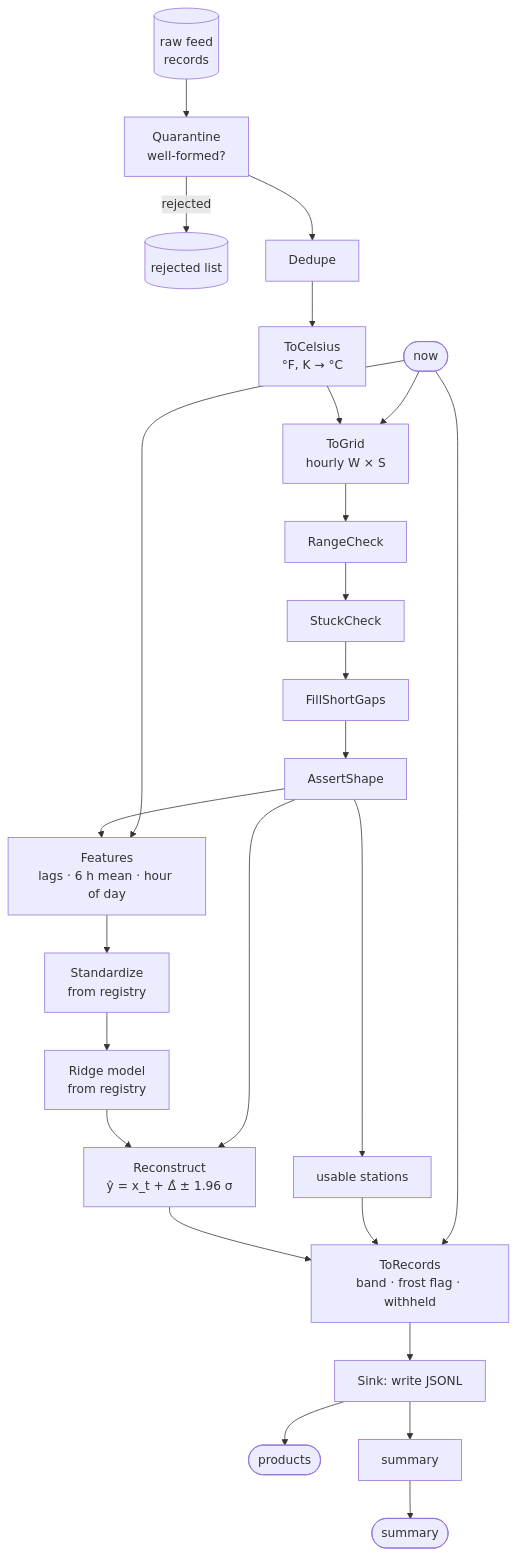
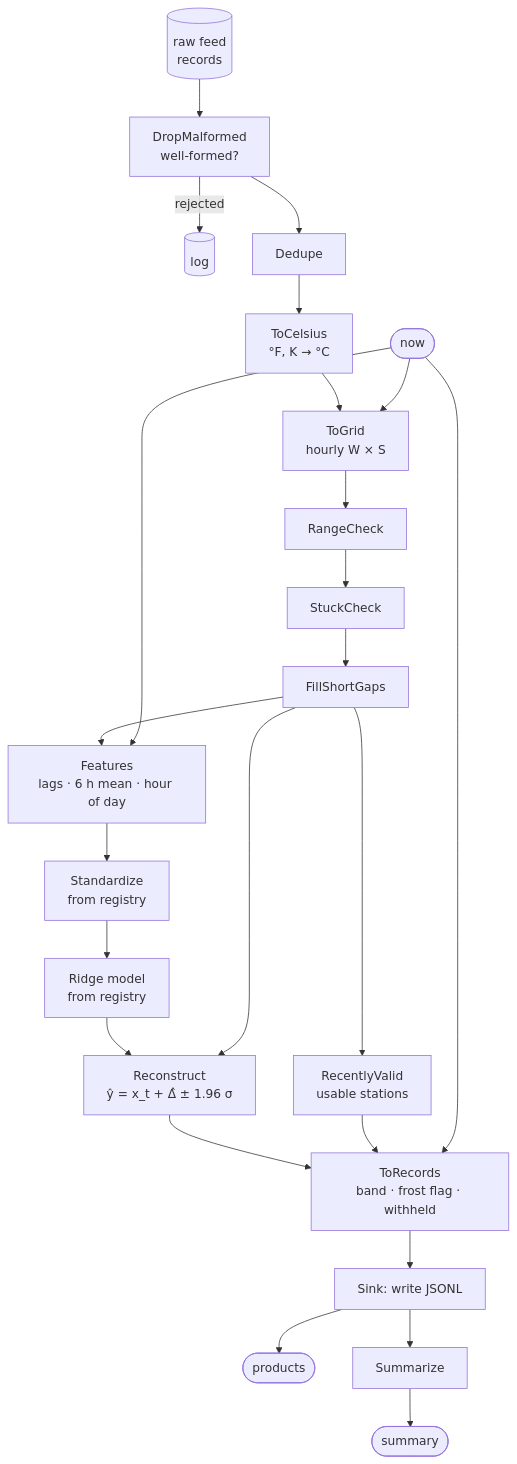
Before and after one commit to jejjohnson/pipekit: the diagram in docs/tutorials/inference.md, drawn with Mermaid. The commit also changed other lines of this file and 5 other files, not shown here.

````diff
--- a/docs/tutorials/inference.md
+++ b/docs/tutorials/inference.md
@@ -22,20 +22,20 @@
 ```mermaid
 flowchart TD
-    RAW[(raw feed<br/>records)] --> V[Quarantine<br/>well-formed?]
-    V -->|rejected| REJ[(rejected list)]
+    RAW[(raw feed<br/>records)] --> V[DropMalformed<br/>well-formed?]
+    V -->|rejected| REJ[(log)]
     V --> DD[Dedupe] --> UC[ToCelsius<br/>°F, K → °C]
     UC --> GR[ToGrid<br/>hourly W × S]
     NOW([now]) --> GR
-    GR --> RC[RangeCheck] --> ST[StuckCheck] --> FG[FillShortGaps] --> AS[AssertShape]
-    AS --> FE[Features<br/>lags · 6 h mean · hour of day]
+    GR --> RC[RangeCheck] --> ST[StuckCheck] --> FG[FillShortGaps]
+    FG --> FE[Features<br/>lags · 6 h mean · hour of day]
     NOW --> FE
-    AS --> US[usable stations]
+    FG --> US[RecentlyValid<br/>usable stations]
     FE --> SC[Standardize<br/>from registry] --> M[Ridge model<br/>from registry]
     M --> RE[Reconstruct<br/>ŷ = x_t + Δ̂ ± 1.96 σ]
-    AS --> RE
+    FG --> RE
     RE --> TR[ToRecords<br/>band · frost flag · withheld]
     US --> TR
     NOW --> TR
     TR --> SK[Sink: write JSONL] --> P([products])
-    SK --> SU[summary] --> S([summary])
+    SK --> SU[Summarize] --> S([summary])
 ```
````
